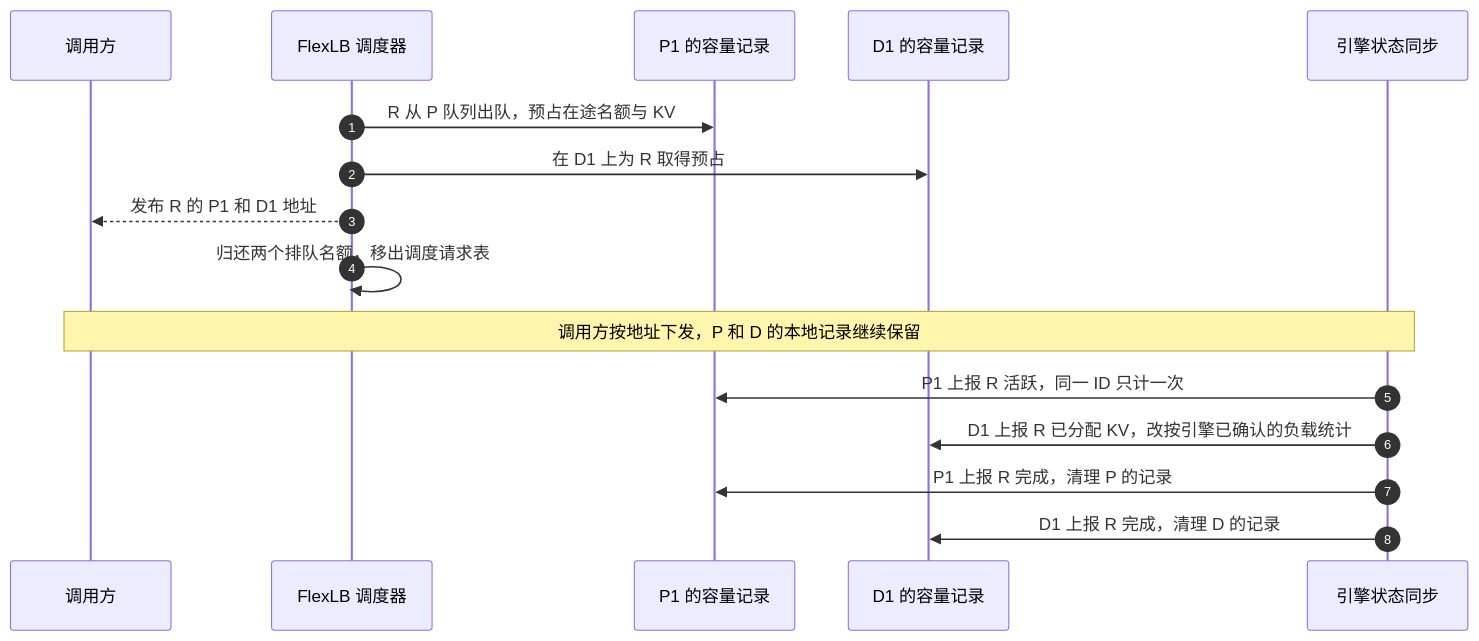
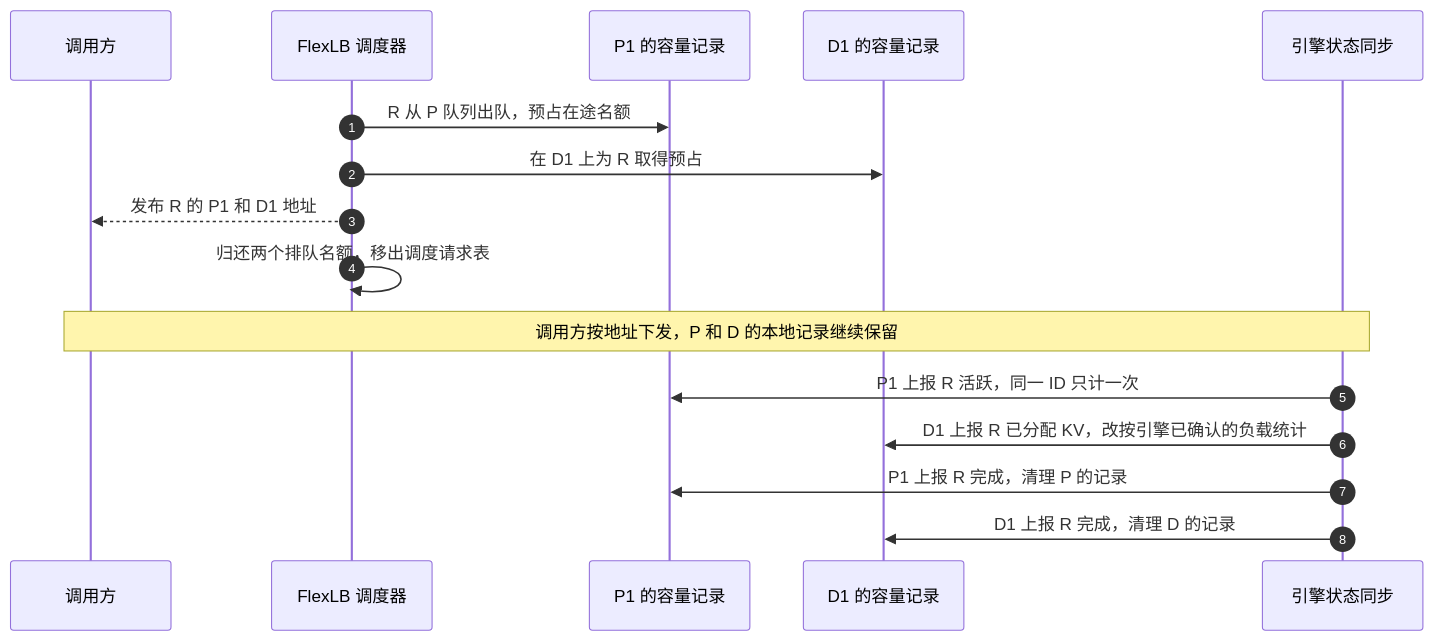
Before and after one commit to sunmiaozju/rtp-llm: the diagram in rtp_llm/flexlb/docs/design/scheduling/02-capacity-and-release.md, drawn with Mermaid. The commit also changed other lines of this file and 21 other files, not shown here.

````diff
--- a/rtp_llm/flexlb/docs/design/scheduling/02-capacity-and-release.md
+++ b/rtp_llm/flexlb/docs/design/scheduling/02-capacity-and-release.md
@@ -37,18 +37,18 @@
 ```mermaid
 sequenceDiagram
     autonumber
     participant C as 调用方
     participant S as FlexLB 调度器
     participant P as P1 的容量记录
     participant D as D1 的容量记录
     participant W as 引擎状态同步
-    S->>P: R 从 P 队列出队，预占在途名额与 KV
+    S->>P: R 从 P 队列出队，预占在途名额
     S->>D: 在 D1 上为 R 取得预占
     S-->>C: 发布 R 的 P1 和 D1 地址
     S->>S: 归还两个排队名额，移出调度请求表
     Note over C,W: 调用方按地址下发，P 和 D 的本地记录继续保留
     W->>P: P1 上报 R 活跃，同一 ID 只计一次
     W->>D: D1 上报 R 已分配 KV，改按引擎已确认的负载统计
     W->>P: P1 上报 R 完成，清理 P 的记录
     W->>D: D1 上报 R 完成，清理 D 的记录
 ```
````
